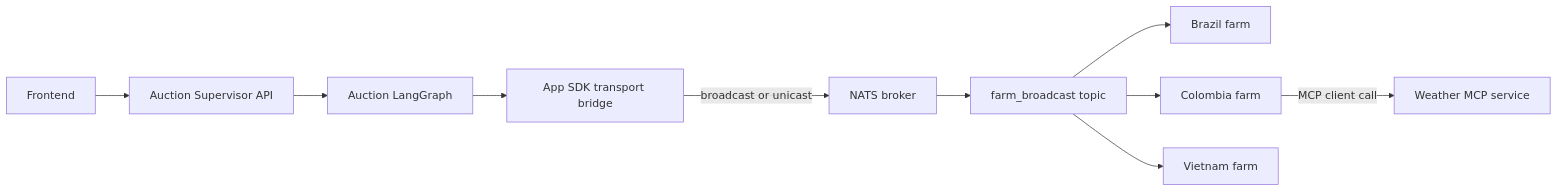
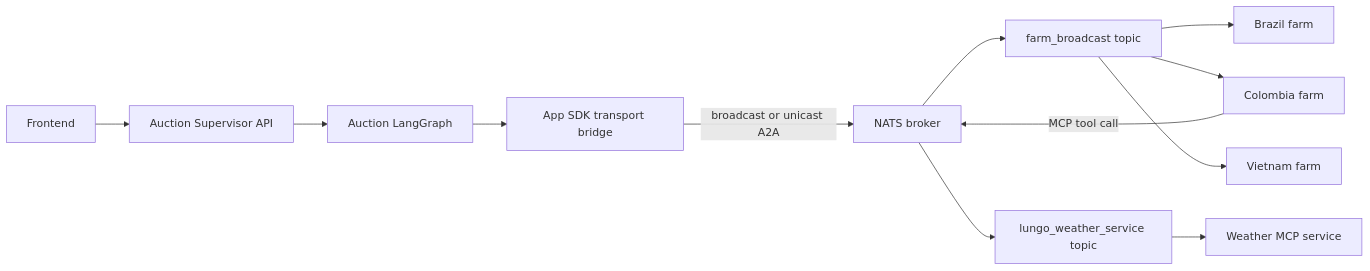
The first of 3 diagrams in coffeeAGNTCY/coffee_agents/lungo/README.md (agntcy/coffeeAgntcy), drawn with Mermaid before and after one commit. The commit also changed other lines of this file, not shown here.

Commit message:
docs: refine lungo architecture diagrams

````diff
--- a/coffeeAGNTCY/coffee_agents/lungo/README.md
+++ b/coffeeAGNTCY/coffee_agents/lungo/README.md
@@ -55,23 +56,26 @@
 ```mermaid
 flowchart LR
     UI[Frontend]
     API[Auction Supervisor API]
     GRAPH[Auction LangGraph]
     SDK[App SDK transport bridge]
     NATS[NATS broker]
     BCAST[farm_broadcast topic]
     BRAZIL[Brazil farm]
     COLOMBIA[Colombia farm]
     VIETNAM[Vietnam farm]
+    WXSVC[lungo_weather_service topic]
     WEATHER[Weather MCP service]
 
     UI --> API
     API --> GRAPH
     GRAPH --> SDK
-    SDK -->|broadcast or unicast| NATS
+    SDK -->|broadcast or unicast A2A| NATS
     NATS --> BCAST
     BCAST --> BRAZIL
     BCAST --> COLOMBIA
     BCAST --> VIETNAM
-    COLOMBIA -->|MCP client call| WEATHER
+    COLOMBIA -->|MCP tool call| NATS
+    NATS --> WXSVC
+    WXSVC --> WEATHER
 ```
````
